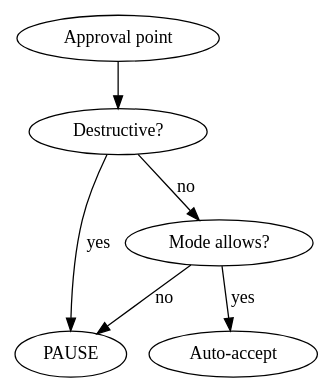
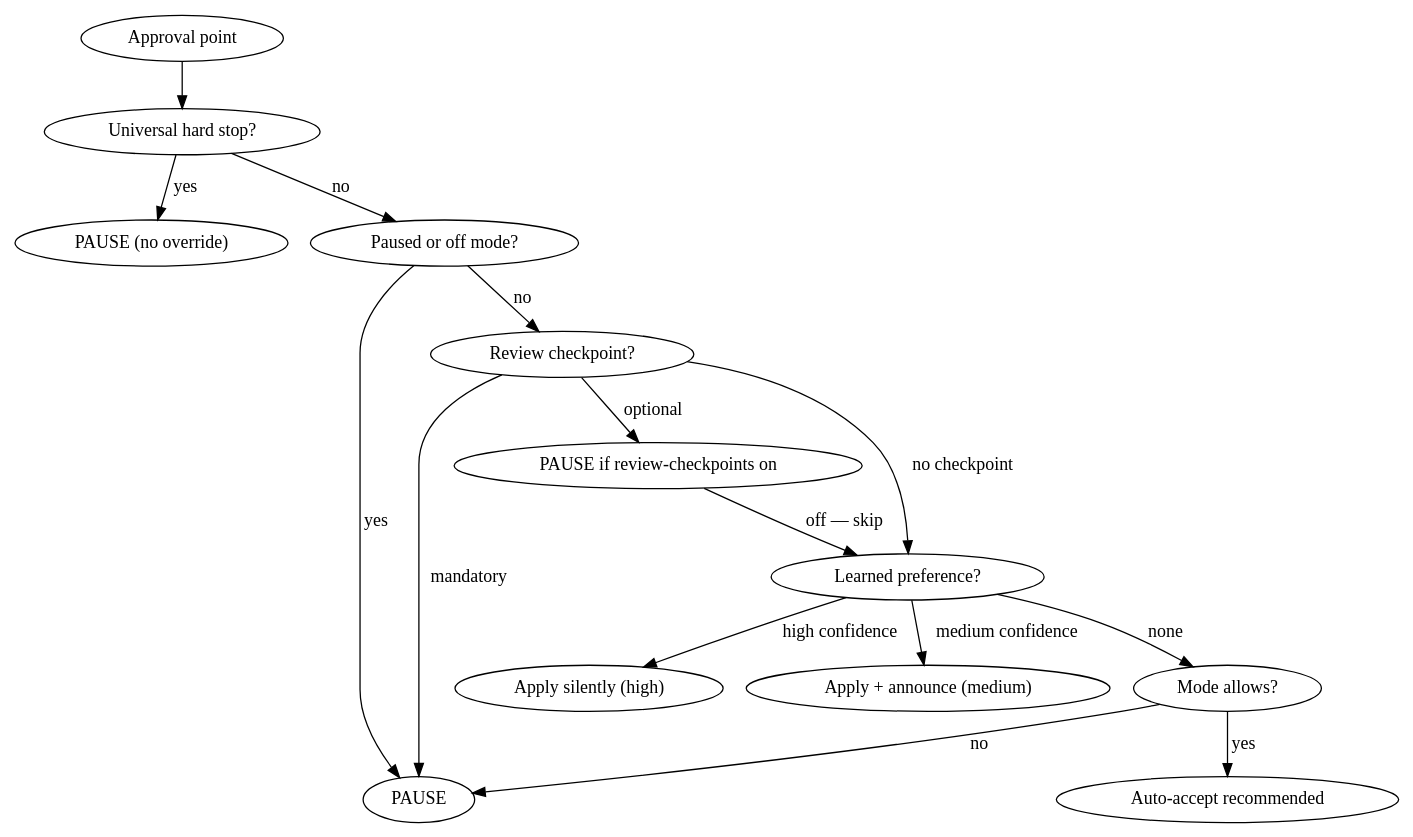
The third of 3 diagrams in SKILL.md (joe888777/autopilot-skill), drawn with Graphviz before and after one commit.

Commit message:
feat: comprehensive decision flowchart in HARD STOP section
Updated digraph to show full decision path: universal hard stop → paused/off
→ review checkpoint → learned preference (high/medium/none) → mode allows →
auto-accept or PAUSE.

````diff
--- a/SKILL.md
+++ b/SKILL.md
@@ -822,9 +822,18 @@
 ```dot
 digraph {
-    "Approval point" -> "Destructive?";
-    "Destructive?" -> "PAUSE" [label="yes"];
-    "Destructive?" -> "Mode allows?" [label="no"];
-    "Mode allows?" -> "Auto-accept" [label="yes"];
+    "Approval point" -> "Universal hard stop?";
+    "Universal hard stop?" -> "PAUSE (no override)" [label="yes"];
+    "Universal hard stop?" -> "Paused or off mode?" [label="no"];
+    "Paused or off mode?" -> "PAUSE" [label="yes"];
+    "Paused or off mode?" -> "Review checkpoint?" [label="no"];
+    "Review checkpoint?" -> "PAUSE" [label="mandatory"];
+    "Review checkpoint?" -> "PAUSE if review-checkpoints on" [label="optional"];
+    "Review checkpoint?" -> "Learned preference?" [label="no checkpoint"];
+    "PAUSE if review-checkpoints on" -> "Learned preference?" [label="off — skip"];
+    "Learned preference?" -> "Apply silently (high)" [label="high confidence"];
+    "Learned preference?" -> "Apply + announce (medium)" [label="medium confidence"];
+    "Learned preference?" -> "Mode allows?" [label="none"];
+    "Mode allows?" -> "Auto-accept recommended" [label="yes"];
     "Mode allows?" -> "PAUSE" [label="no"];
 }
 ```
````
